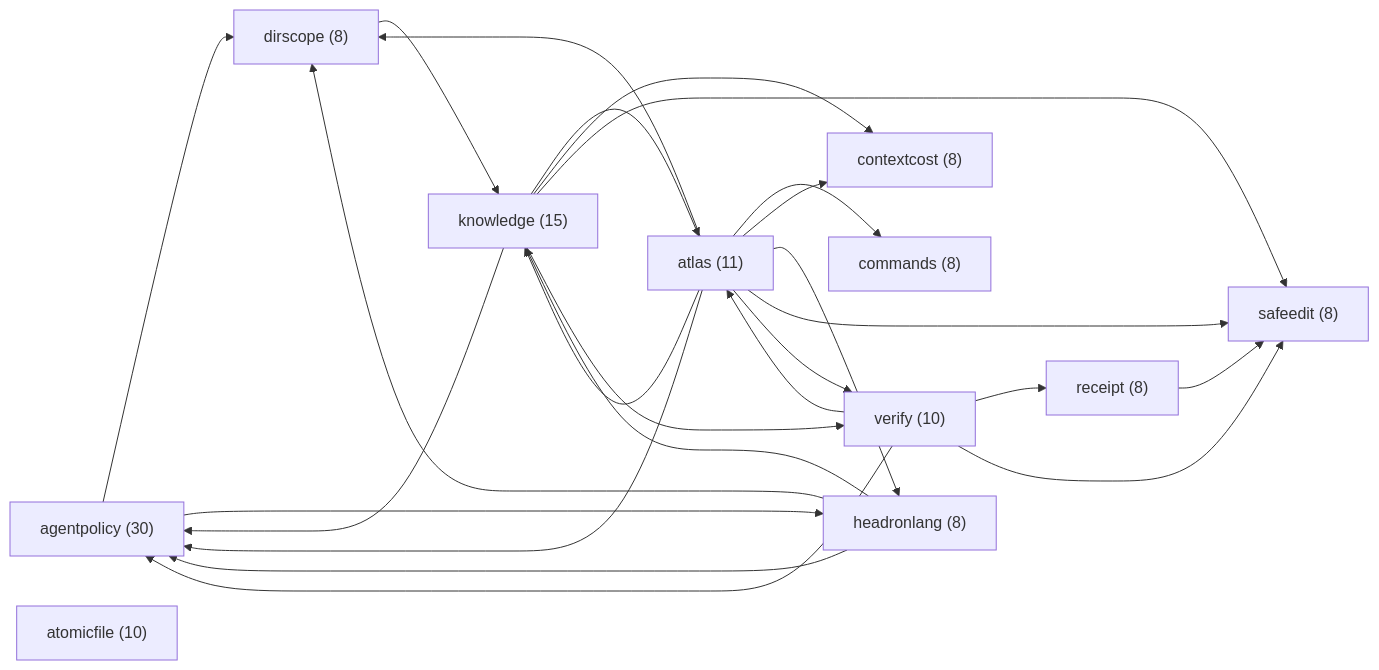
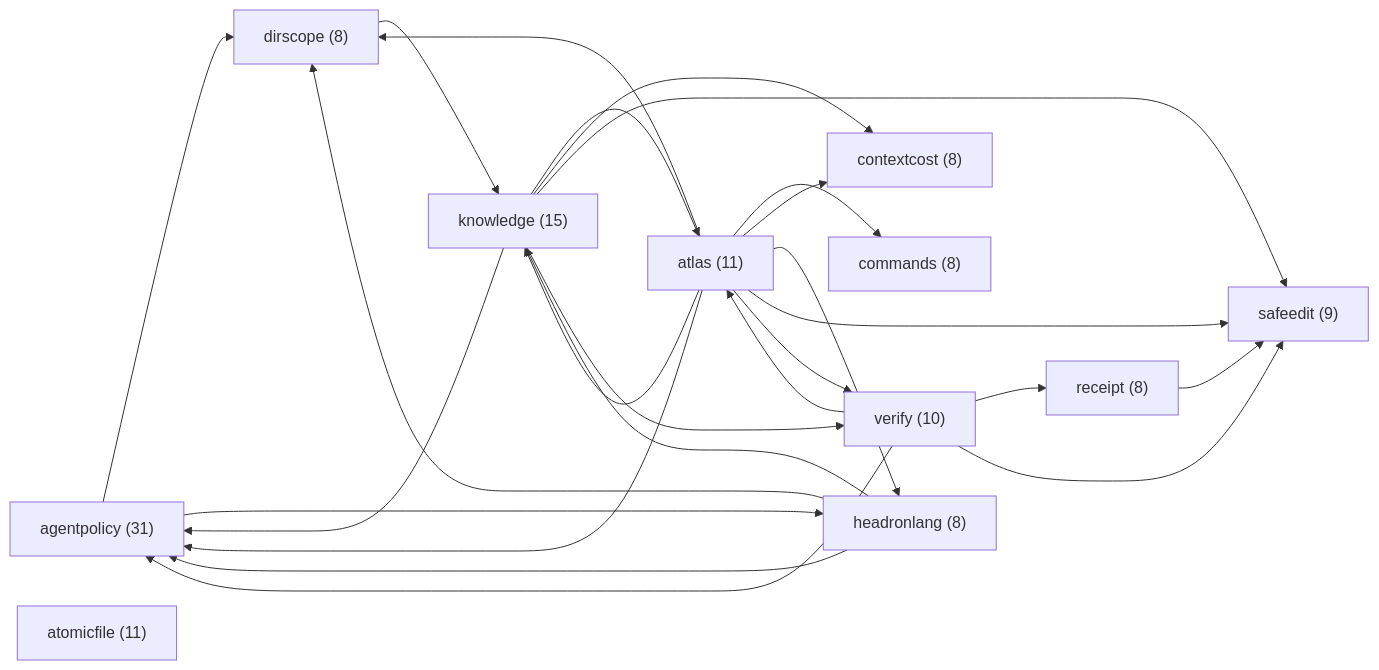
Before and after one commit to HLIntel/Headron: the diagram in docs/MODULES.md, drawn with Mermaid. The commit also changed other lines of this file and 24 other files, not shown here.

````diff
--- a/docs/MODULES.md
+++ b/docs/MODULES.md
@@ -8,38 +8,38 @@
 ```mermaid
 flowchart LR
-  m_agentpolicy["agentpolicy (30)"]
+  m_agentpolicy["agentpolicy (31)"]
   m_atlas["atlas (11)"]
-  m_atomicfile["atomicfile (10)"]
+  m_atomicfile["atomicfile (11)"]
   m_commands["commands (8)"]
   m_contextcost["contextcost (8)"]
   m_dirscope["dirscope (8)"]
   m_headronlang["headronlang (8)"]
   m_knowledge["knowledge (15)"]
   m_receipt["receipt (8)"]
-  m_safeedit["safeedit (8)"]
+  m_safeedit["safeedit (9)"]
   m_verify["verify (10)"]
   m_agentpolicy --> m_dirscope
   m_agentpolicy --> m_headronlang
   m_atlas --> m_agentpolicy
   m_atlas --> m_commands
   m_atlas --> m_contextcost
   m_atlas --> m_dirscope
   m_atlas --> m_headronlang
   m_atlas --> m_knowledge
   m_atlas --> m_safeedit
   m_atlas --> m_verify
   m_dirscope --> m_knowledge
   m_headronlang --> m_agentpolicy
   m_headronlang --> m_dirscope
   m_headronlang --> m_knowledge
   m_knowledge --> m_agentpolicy
   m_knowledge --> m_atlas
   m_knowledge --> m_contextcost
   m_knowledge --> m_safeedit
   m_knowledge --> m_verify
   m_receipt --> m_safeedit
   m_verify --> m_agentpolicy
   m_verify --> m_atlas
   m_verify --> m_receipt
   m_verify --> m_safeedit
 ```
````
